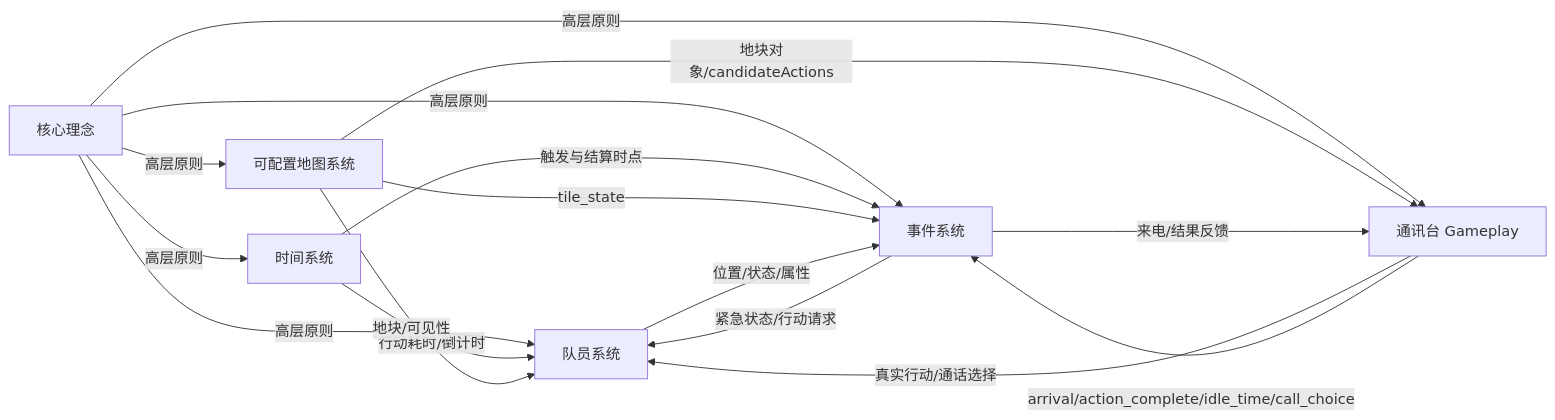
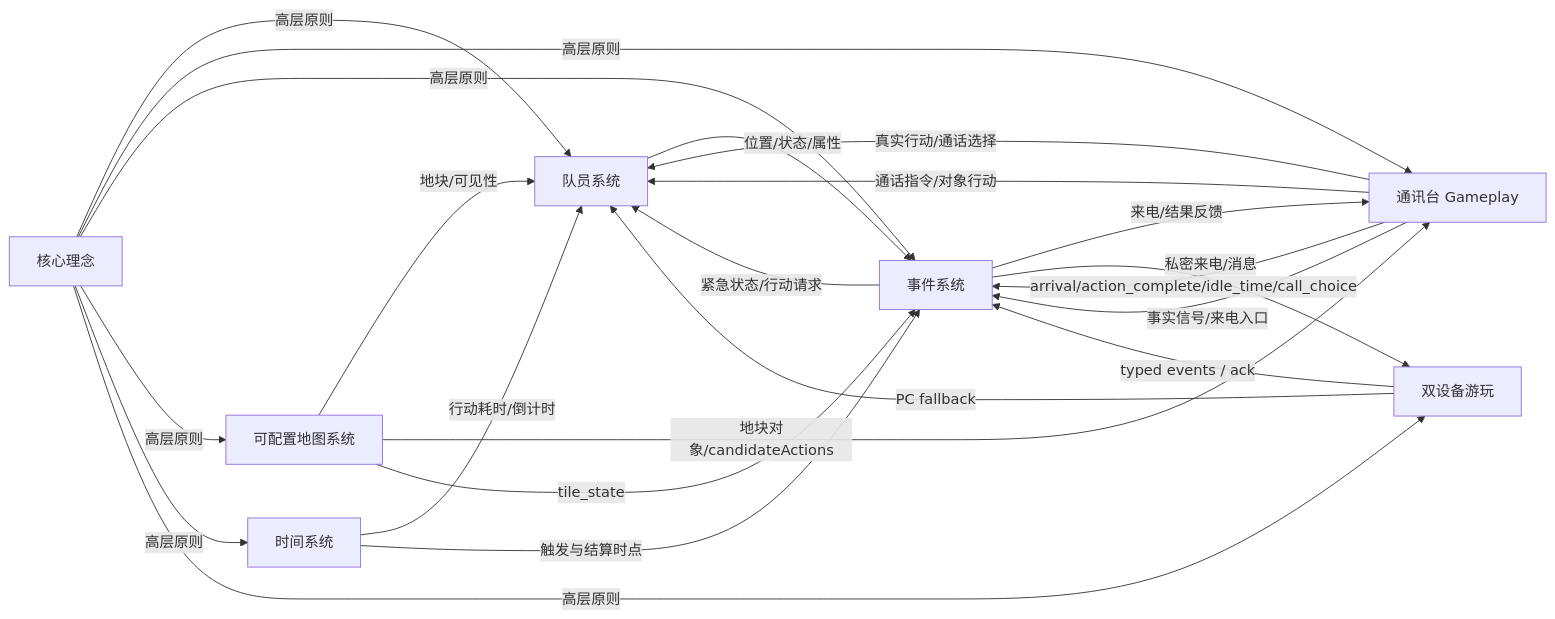
Before and after one commit to Hikaru518/stellar-frontier: the diagram in docs/index.md, drawn with Mermaid. The commit also changed other lines of this file and 19 other files, not shown here.

````diff
--- a/docs/index.md
+++ b/docs/index.md
@@ -68,18 +69,24 @@
 ```mermaid
 flowchart LR
     coreIdeas["核心理念"] -->|"高层原则"| crewSystem["队员系统"]
     coreIdeas -->|"高层原则"| communicationTable["通讯台 Gameplay"]
     coreIdeas -->|"高层原则"| eventSystem["事件系统"]
     coreIdeas -->|"高层原则"| mapSystem["可配置地图系统"]
     coreIdeas -->|"高层原则"| timeSystem["时间系统"]
+    coreIdeas -->|"高层原则"| dualDevice["双设备游玩"]
     timeSystem -->|"行动耗时/倒计时"| crewSystem
     timeSystem -->|"触发与结算时点"| eventSystem
     mapSystem -->|"地块/可见性"| crewSystem
     mapSystem -->|"地块对象/candidateActions"| communicationTable
     mapSystem -->|"tile_state"| eventSystem
     communicationTable -->|"真实行动/通话选择"| crewSystem
     communicationTable -->|"arrival/action_complete/idle_time/call_choice"| eventSystem
     crewSystem -->|"位置/状态/属性"| eventSystem
+    communicationTable -->|"通话指令/对象行动"| crewSystem
+    communicationTable -->|"事实信号/来电入口"| eventSystem
     eventSystem -->|"来电/结果反馈"| communicationTable
     eventSystem -->|"紧急状态/行动请求"| crewSystem
+    eventSystem -->|"私密来电/消息"| dualDevice
+    dualDevice -->|"typed events / ack"| eventSystem
+    dualDevice -->|"PC fallback"| crewSystem
 ```
````
